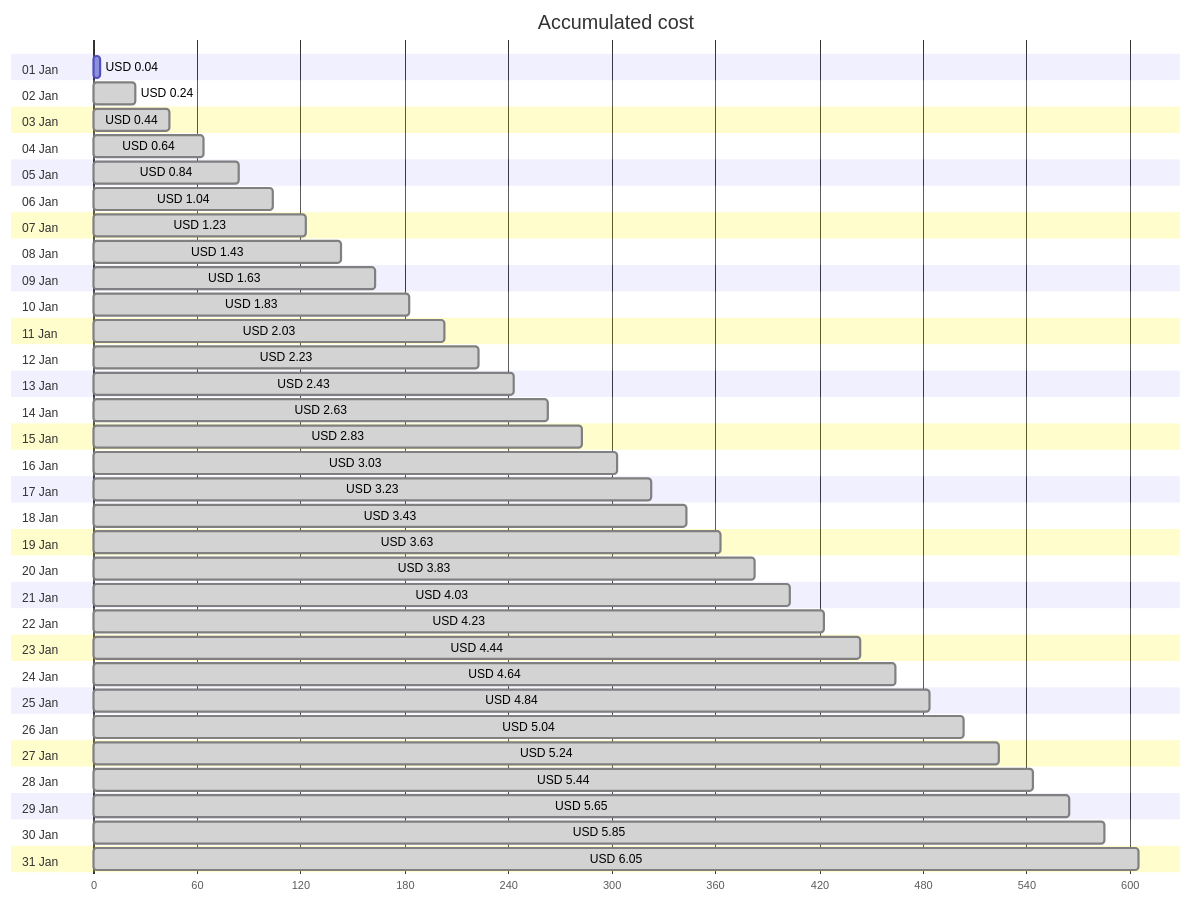
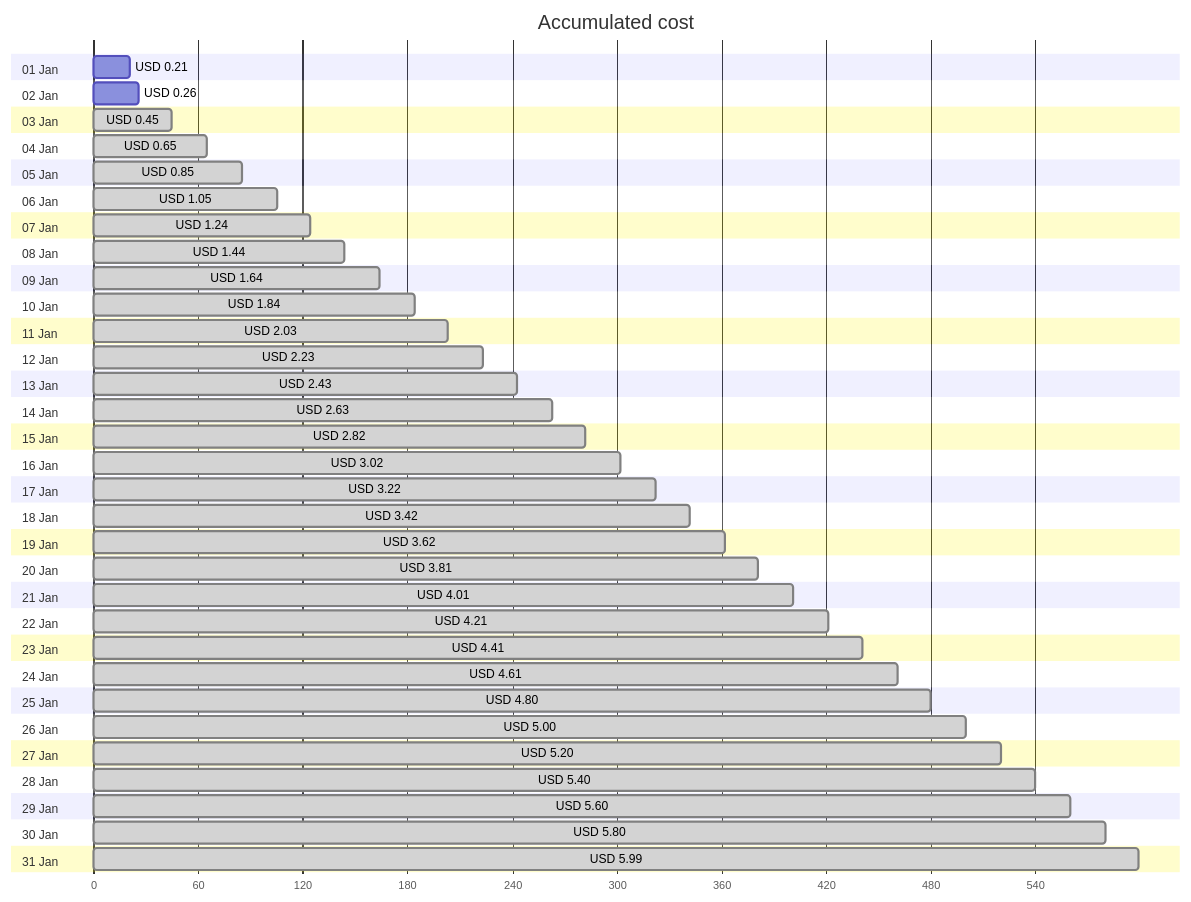
One commit to jpfulton/azure-personal-reports changed the first of 4 diagrams in cost-reports/personal-network/backup-server.md. Above: the diagram before and after it, drawn with Mermaid. The commit also changed other lines of this file and 8 other files, not shown here.

````diff
--- a/cost-reports/personal-network/backup-server.md
+++ b/cost-reports/personal-network/backup-server.md
@@ -20,68 +20,68 @@
 ```mermaid
 gantt
    title Accumulated cost
    dateFormat  X
    axisFormat %s
    section 01 Jan
-   USD 0.04 :0, 4
+   USD 0.21 :0, 21
    section 02 Jan
-   USD 0.24 : done, 0, 24
+   USD 0.26 :0, 26
    section 03 Jan
-   USD 0.44 : done, 0, 44
+   USD 0.45 : done, 0, 45
    section 04 Jan
-   USD 0.64 : done, 0, 64
+   USD 0.65 : done, 0, 65
    section 05 Jan
-   USD 0.84 : done, 0, 84
+   USD 0.85 : done, 0, 85
    section 06 Jan
-   USD 1.04 : done, 0, 104
+   USD 1.05 : done, 0, 105
    section 07 Jan
-   USD 1.23 : done, 0, 123
+   USD 1.24 : done, 0, 124
    section 08 Jan
-   USD 1.43 : done, 0, 143
+   USD 1.44 : done, 0, 144
    section 09 Jan
-   USD 1.63 : done, 0, 163
+   USD 1.64 : done, 0, 164
    section 10 Jan
-   USD 1.83 : done, 0, 183
+   USD 1.84 : done, 0, 184
    section 11 Jan
    USD 2.03 : done, 0, 203
    section 12 Jan
    USD 2.23 : done, 0, 223
    section 13 Jan
    USD 2.43 : done, 0, 243
    section 14 Jan
    USD 2.63 : done, 0, 263
    section 15 Jan
-   USD 2.83 : done, 0, 283
+   USD 2.82 : done, 0, 282
    section 16 Jan
-   USD 3.03 : done, 0, 303
+   USD 3.02 : done, 0, 302
    section 17 Jan
-   USD 3.23 : done, 0, 323
+   USD 3.22 : done, 0, 322
    section 18 Jan
-   USD 3.43 : done, 0, 343
+   USD 3.42 : done, 0, 342
    section 19 Jan
-   USD 3.63 : done, 0, 363
+   USD 3.62 : done, 0, 362
    section 20 Jan
-   USD 3.83 : done, 0, 383
+   USD 3.81 : done, 0, 381
    section 21 Jan
-   USD 4.03 : done, 0, 403
+   USD 4.01 : done, 0, 401
    section 22 Jan
-   USD 4.23 : done, 0, 423
+   USD 4.21 : done, 0, 421
    section 23 Jan
-   USD 4.44 : done, 0, 444
+   USD 4.41 : done, 0, 441
    section 24 Jan
-   USD 4.64 : done, 0, 464
+   USD 4.61 : done, 0, 461
    section 25 Jan
-   USD 4.84 : done, 0, 484
+   USD 4.80 : done, 0, 480
    section 26 Jan
-   USD 5.04 : done, 0, 504
+   USD 5.00 : done, 0, 500
    section 27 Jan
-   USD 5.24 : done, 0, 524
+   USD 5.20 : done, 0, 520
    section 28 Jan
-   USD 5.44 : done, 0, 544
+   USD 5.40 : done, 0, 540
    section 29 Jan
-   USD 5.65 : done, 0, 565
+   USD 5.60 : done, 0, 560
    section 30 Jan
-   USD 5.85 : done, 0, 585
+   USD 5.80 : done, 0, 580
    section 31 Jan
-   USD 6.05 : done, 0, 605
+   USD 5.99 : done, 0, 599
 ```
````
